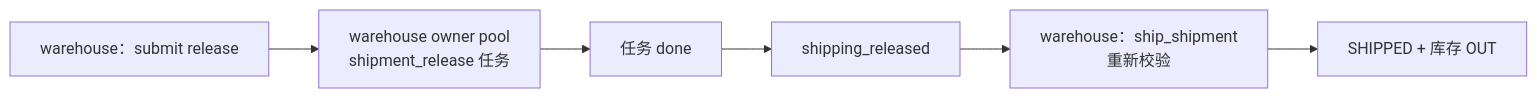
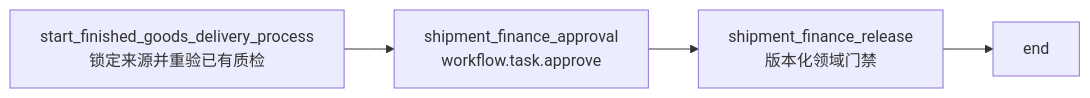
Before and after one commit to saurick/plush-toy-erp: diagram 11 of 17 in docs/customers/yoyoosun/角色能力与流程矩阵.md, drawn with Mermaid. The commit also changed other lines of this file and 107 other files, not shown here.

````diff
--- a/docs/customers/yoyoosun/角色能力与流程矩阵.md
+++ b/docs/customers/yoyoosun/角色能力与流程矩阵.md
@@ -696,5 +692,5 @@
 ```mermaid
 flowchart LR
-  submit["warehouse：submit release"] --> task["warehouse owner pool<br/>shipment_release 任务"] --> done["任务 done"]
-  done --> released["shipping_released"] --> ship["warehouse：ship_shipment<br/>重新校验"] --> shipped["SHIPPED + 库存 OUT"]
+  start["start_finished_goods_delivery_process<br/>锁定来源并重验已有质检"] --> approval["shipment_finance_approval<br/>workflow.task.approve"]
+  approval --> financeGate["shipment_finance_release<br/>版本化领域门禁"] --> endNode["end"]
 ```
````
